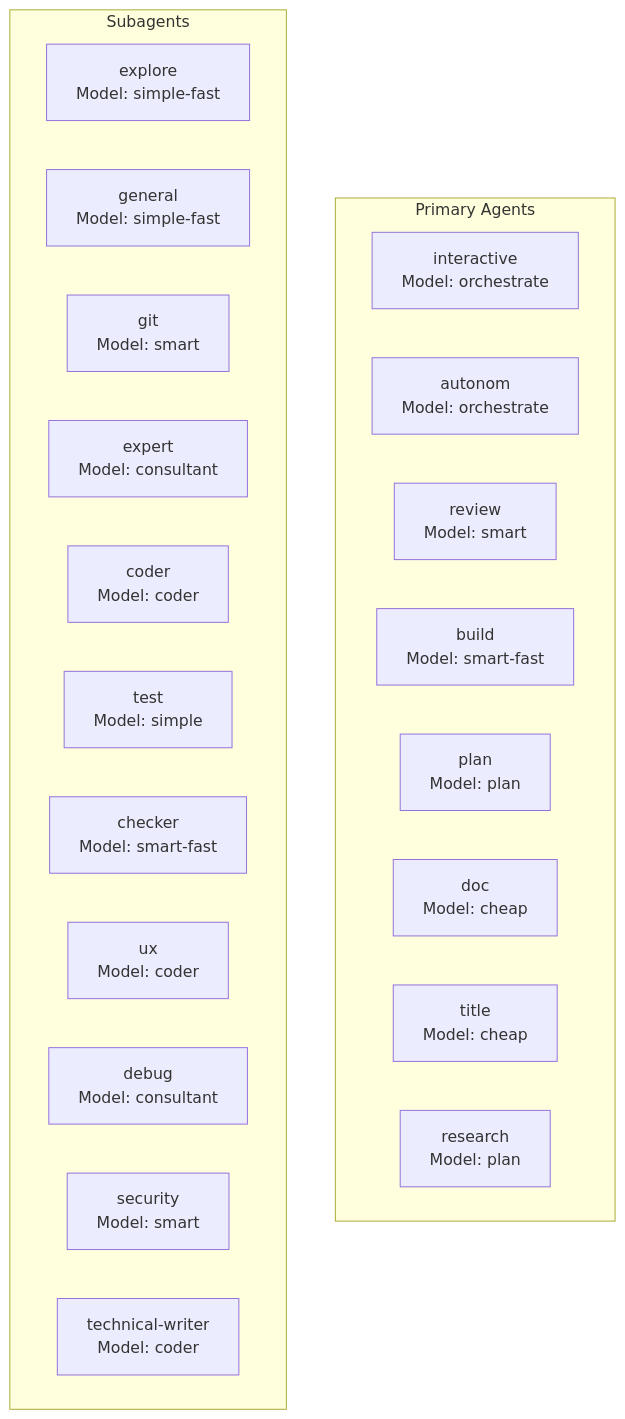
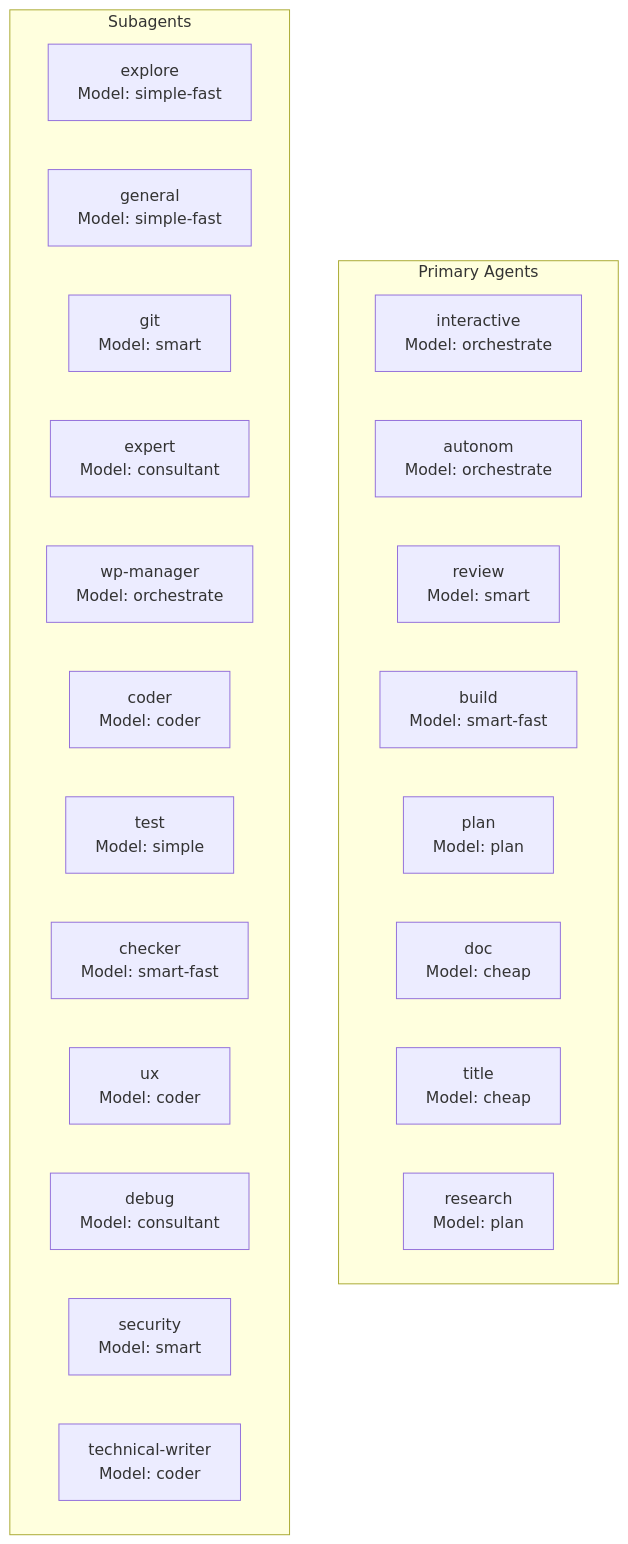
One commit to juliankahlert/opencode-config changed the second of 8 diagrams in pages/src/absurd/overview.md. Above: the diagram before and after it, drawn with Mermaid. The commit also changed other lines of this file and 7 other files, not shown here.

````diff
--- a/pages/src/absurd/overview.md
+++ b/pages/src/absurd/overview.md
@@ -46,29 +46,30 @@
 ```mermaid
 graph TD
     subgraph "Primary Agents"
         direction LR
         INT["interactive<br/>Model: orchestrate"]
         AUT["autonom<br/>Model: orchestrate"]
         REV["review<br/>Model: smart"]
         BLD["build<br/>Model: smart-fast"]
         PLN["plan<br/>Model: plan"]
         DOC["doc<br/>Model: cheap"]
         TTL["title<br/>Model: cheap"]
         RSH["research<br/>Model: plan"]
     end
 
     subgraph "Subagents"
         direction LR
         EXP["explore<br/>Model: simple-fast"]
         GEN["general<br/>Model: simple-fast"]
         GIT["git<br/>Model: smart"]
         XPT["expert<br/>Model: consultant"]
+        WPM["wp-manager<br/>Model: orchestrate"]
         COD["coder<br/>Model: coder"]
         TST["test<br/>Model: simple"]
         CHK["checker<br/>Model: smart-fast"]
         UXD["ux<br/>Model: coder"]
         DBG["debug<br/>Model: consultant"]
         SEC["security<br/>Model: smart"]
         TWR["technical-writer<br/>Model: coder"]
     end
 ```
````
